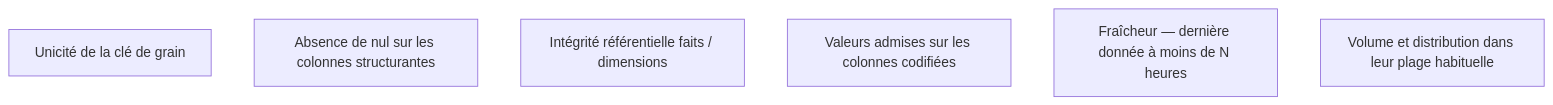
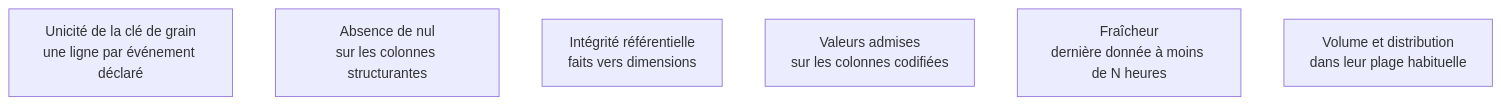
One commit to floSa/Atlas-Metiers-Roadmaps changed the diagram in content/parcours/bi-analyst/transformation-et-orchestration/tester-dans-la-chaine.md. Above: the diagram before and after it, drawn with Mermaid. The commit also changed 1 other file, not shown here.

Commit message:
Couche semantique et tests : les emplacements et les controles deviennent cliquables

````diff
--- a/content/parcours/bi-analyst/transformation-et-orchestration/tester-dans-la-chaine.md
+++ b/content/parcours/bi-analyst/transformation-et-orchestration/tester-dans-la-chaine.md
@@ -7,9 +7,16 @@
 ```mermaid
 flowchart TD
-  UN["Unicité de la clé de grain"]
-  NU["Absence de nul sur les colonnes structurantes"]
-  RE["Intégrité référentielle faits / dimensions"]
-  VA["Valeurs admises sur les colonnes codifiées"]
-  FR["Fraîcheur — dernière donnée à moins de N heures"]
-  VO["Volume et distribution dans leur plage habituelle"]
+  UN["Unicité de la clé de grain<br/>une ligne par événement déclaré"]
+  NU["Absence de nul<br/>sur les colonnes structurantes"]
+  RE["Intégrité référentielle<br/>faits vers dimensions"]
+  VA["Valeurs admises<br/>sur les colonnes codifiées"]
+  FR["Fraîcheur<br/>dernière donnée à moins de N heures"]
+  VO["Volume et distribution<br/>dans leur plage habituelle"]
+
+  click UN "/parcours/bi-analyst/modelisation-dimensionnelle/declarer-le-grain"
+  click NU "/notions/qualite-des-donnees"
+  click RE "/notions/modelisation-dimensionnelle"
+  click VA "/notions/transformation-dbt"
+  click FR "/parcours/bi-analyst/transformation-et-orchestration/ordonnancer-et-reprendre"
+  click VO "/notions/observabilite"
 ```
````
